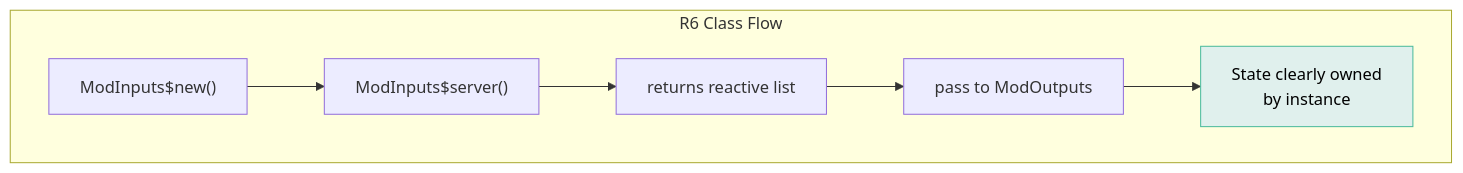
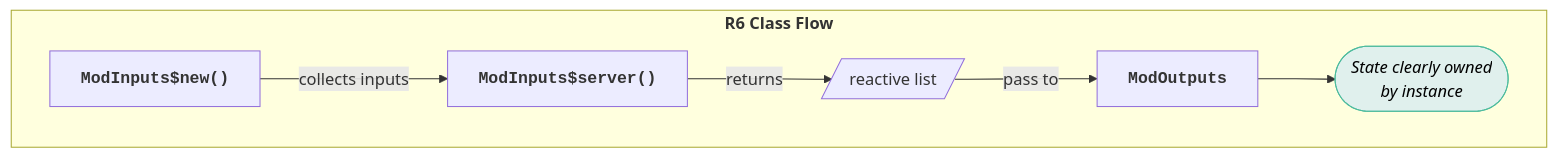
One commit to mjfrigaard/mjfrigaard.github.io changed the fourth of 8 diagrams in posts/shiny-r6/index.qmd. Above: the diagram before and after it, drawn with Mermaid. The commit also changed other lines of this file and 23 other files, not shown here.

````diff
--- a/posts/shiny-r6/index.qmd
+++ b/posts/shiny-r6/index.qmd
@@ -285,23 +335,25 @@
 ```{mermaid}
 %%| eval: true
 %%| fig-align: 'center'
 %%| fig-caption: 'State Flow: R6'
 %%| echo: false
 %%{init: {'theme': 'base', 'themeVariables': { 'fontFamily': 'monospace', "darkMode":true}}}}%%
 
 flowchart TD
-
-    subgraph R6Flow["R6 Class Flow"]
-        MI["ModInputs$new()"]
-        MS["ModInputs$server()"]
-        MReact["returns reactive list"]
-        MPass["pass to ModOutputs"]
-        MOwn["State clearly owned<br/>by instance"]
+    subgraph R6Flow["<strong>R6 Class Flow</strong>"]
+        MI["<strong>ModInputs$new()</strong>"]
+        MS["<strong>ModInputs$server()</strong>"]
+        MReact[/"reactive list"/]
+        MPass["<strong>ModOutputs</strong>"]
+        MOwn(["<em>State clearly owned<br/>by instance</em>"])
     end
 
-    MI --> MS --> MReact --> MPass
+    MI --"collects inputs"--> MS --"returns"--> MReact --"pass to"--> MPass
     MPass --> MOwn
 
+    style MI font-family:monospace
+    style MS font-family:monospace
+    style MPass font-family:monospace
     style MOwn fill:#E0F0ED,color:#000000,stroke:#4CBB9D
     
 ```
````
